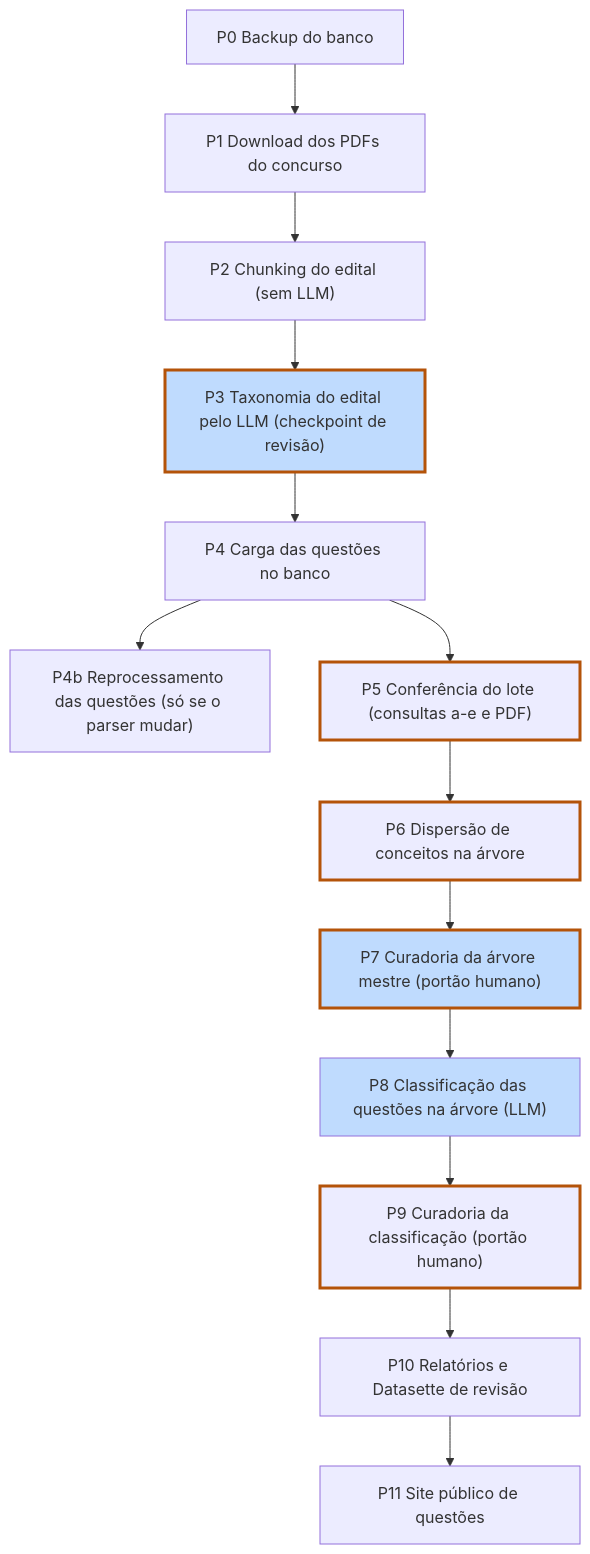
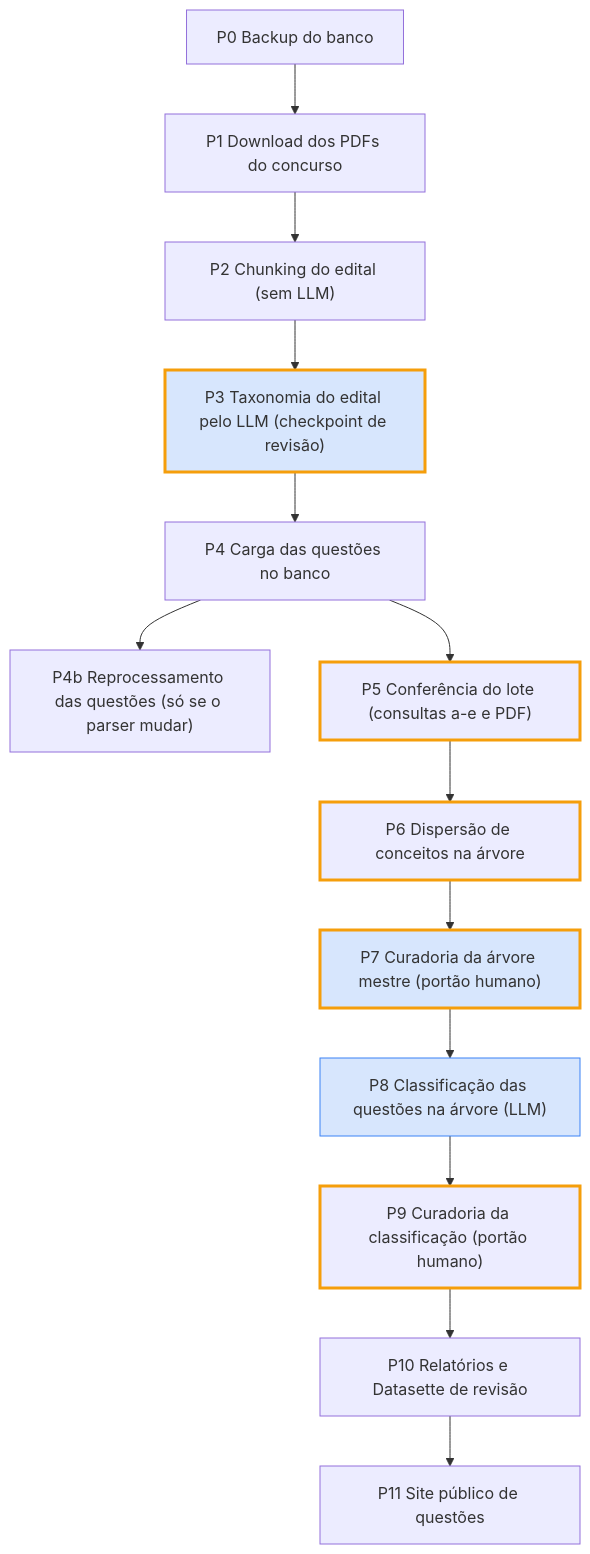
One commit to athosroque/scraper-cebraspe changed the diagram in docs/tecnico/pipeline.md. Above: the diagram before and after it, drawn with Mermaid. The commit also changed 8 other files, not shown here.

````diff
--- a/docs/tecnico/pipeline.md
+++ b/docs/tecnico/pipeline.md
@@ -7,32 +7,32 @@
 ```mermaid
 flowchart TD
     P0["P0 Backup do banco"]
     P1["P1 Download dos PDFs do concurso"]
     P2["P2 Chunking do edital (sem LLM)"]
     P3["P3 Taxonomia do edital pelo LLM (checkpoint de revisão)"]
     P4["P4 Carga das questões no banco"]
     P4b["P4b Reprocessamento das questões (só se o parser mudar)"]
     P5["P5 Conferência do lote (consultas a-e e PDF)"]
     P6["P6 Dispersão de conceitos na árvore"]
     P7["P7 Curadoria da árvore mestre (portão humano)"]
     P8["P8 Classificação das questões na árvore (LLM)"]
     P9["P9 Curadoria da classificação (portão humano)"]
     P10["P10 Relatórios e Datasette de revisão"]
     P11["P11 Site público de questões"]
     P0 --> P1
     P1 --> P2
     P2 --> P3
     P3 --> P4
     P4 --> P4b
     P4 --> P5
     P5 --> P6
     P6 --> P7
     P7 --> P8
     P8 --> P9
     P9 --> P10
     P10 --> P11
-    classDef llm fill:#bfdbfe
-    classDef portao stroke:#b45309,stroke-width:3px
+    classDef llm fill:#3b82f633,stroke:#3b82f6
+    classDef portao stroke:#f59e0b,stroke-width:3px
     class P3,P7,P8 llm
     class P3,P5,P6,P7,P9 portao
 ```
````
